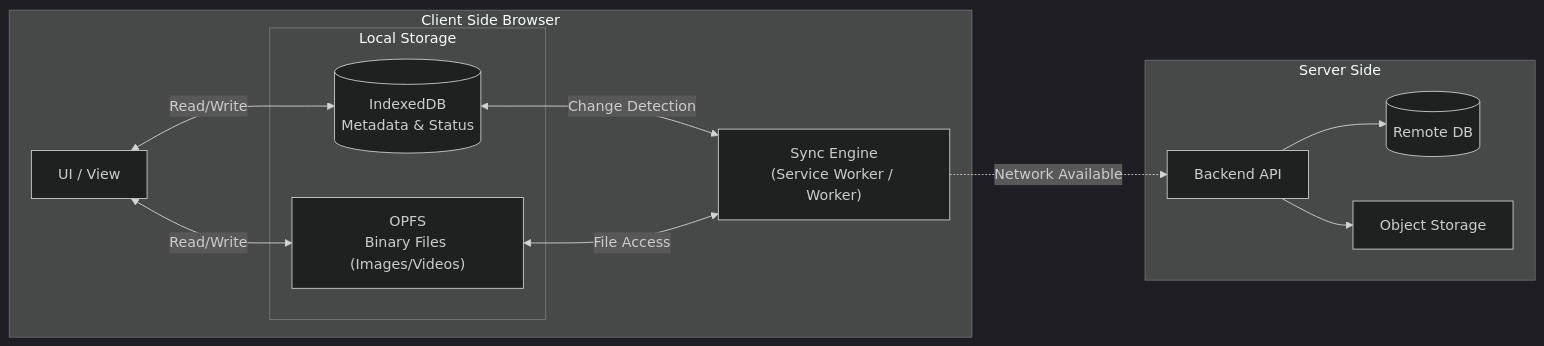
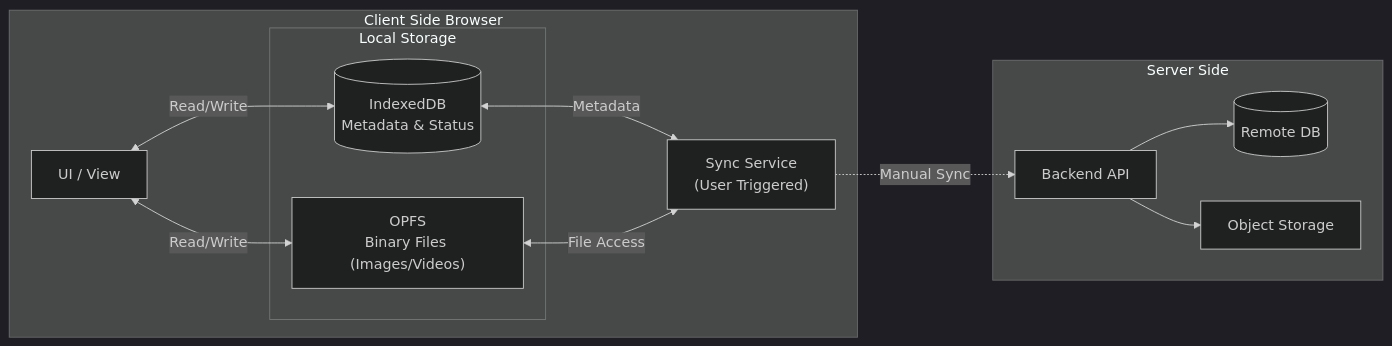
One commit to funayamateppei/local_bridge changed the first of 2 diagrams in README.md. Above: the diagram before and after it, drawn with Mermaid (dark theme). The commit also changed other lines of this file, not shown here.

````diff
--- a/README.md
+++ b/README.md
@@ -23,26 +76,26 @@
 ```mermaid
 graph LR
     subgraph Client [Client Side Browser]
         UI[UI / View]
         subgraph LocalData [Local Storage]
             IDB[("IndexedDB<br/>Metadata & Status")]
             OPFS["OPFS<br/>Binary Files (Images/Videos)"]
         end
-        Sync["Sync Engine<br/>(Service Worker / Worker)"]
+        Sync["Sync Service<br/>(User Triggered)"]
     end
 
     subgraph Server [Server Side]
         API[Backend API]
         DB[("Remote DB")]
         Storage[Object Storage]
     end
 
     %% Data Flow
-    UI <-->|Read/Write| IDB
-    UI <-->|Read/Write| OPFS
-    IDB <-->|Change Detection| Sync
-    OPFS <-->|File Access| Sync
-    Sync -.->|Network Available| API
+    UI <--> |Read/Write| IDB
+    UI <--> |Read/Write| OPFS
+    IDB <--> |Metadata| Sync
+    OPFS <--> |File Access| Sync
+    Sync -.-> |Manual Sync| API
     API --> DB
     API --> Storage
 ```
````
